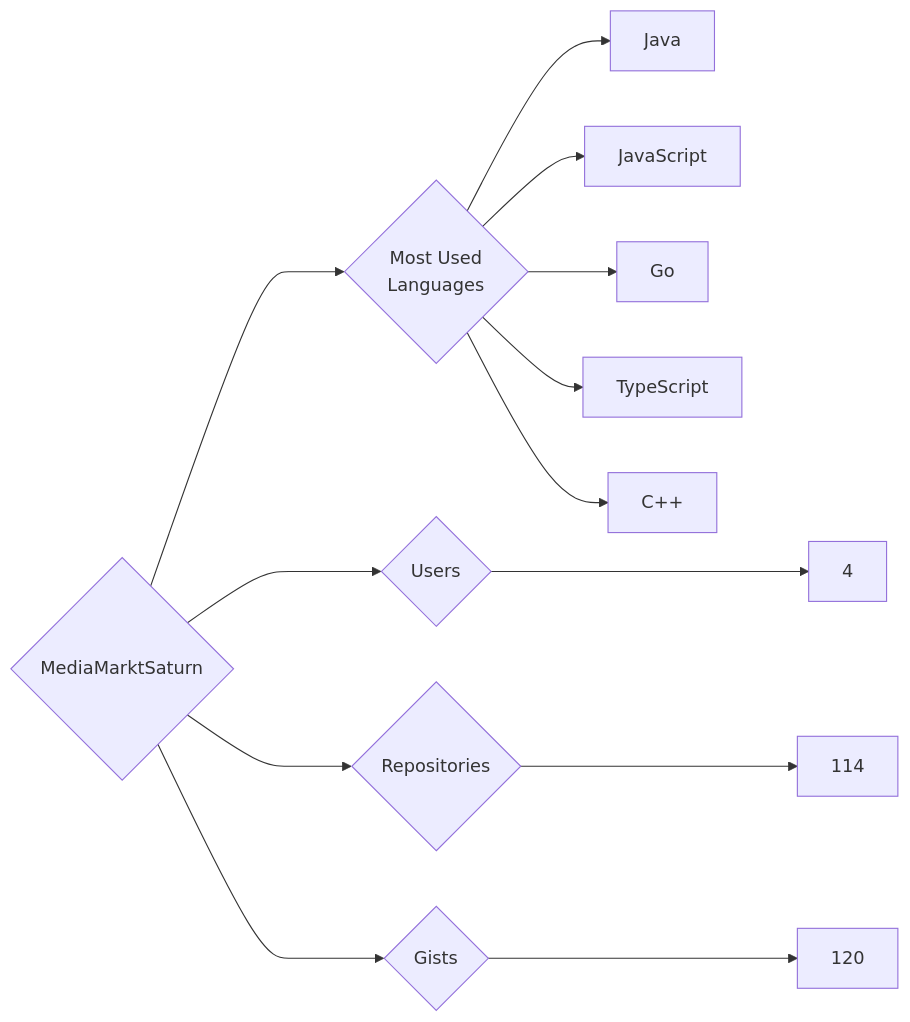
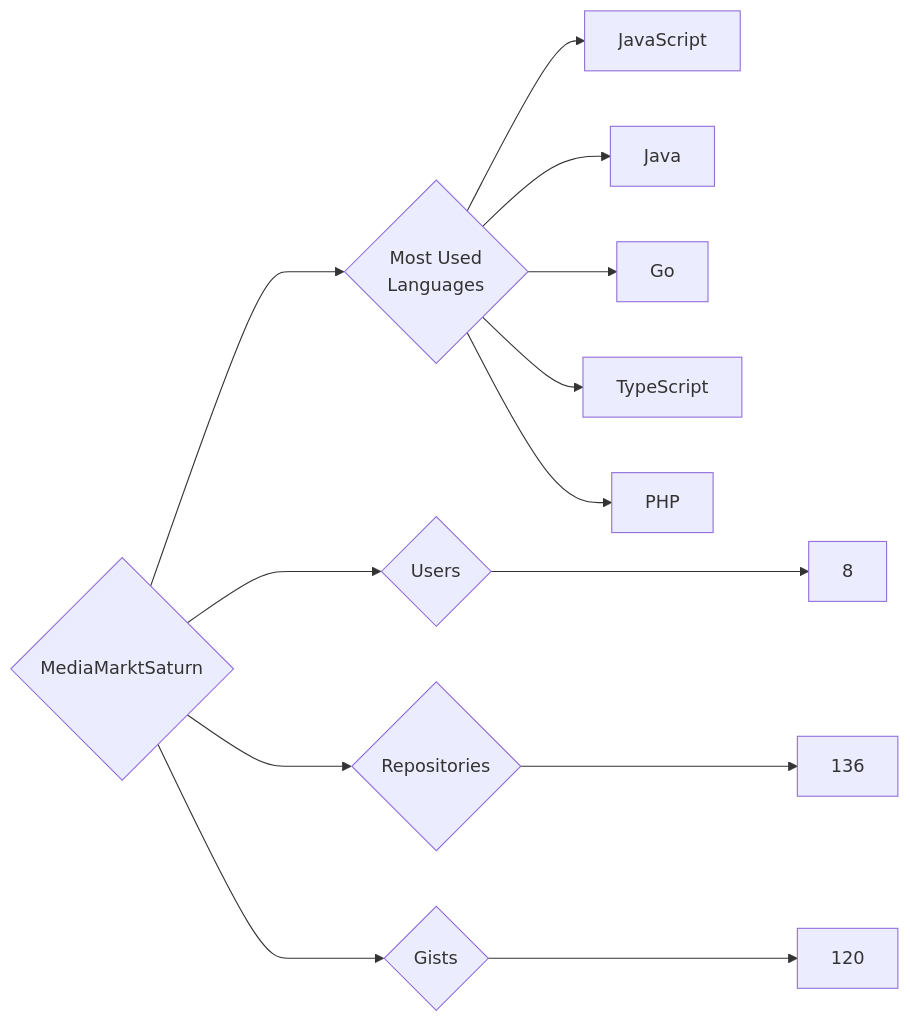
Before and after one commit to trickest/insiders: the diagram in targets/MediaMarktSaturn/README.md, drawn with Mermaid. The commit also changed 1696 other files, not shown here.

````diff
--- a/targets/MediaMarktSaturn/README.md
+++ b/targets/MediaMarktSaturn/README.md
@@ -3,13 +3,13 @@
 ```mermaid
 graph LR
 COMPANY_NAME{MediaMarktSaturn}
-COMPANY_NAME ---> U{Users} ---> UN[4]
-COMPANY_NAME ---> R{Repositories} ---> RN[114]
+COMPANY_NAME ---> U{Users} ---> UN[8]
+COMPANY_NAME ---> R{Repositories} ---> RN[136]
 COMPANY_NAME ---> G{Gists} ---> GN[120]
 COMPANY_NAME ---> ML{Most Used<br>Languages}
+ML --> JavaScript[JavaScript]
 ML --> Java[Java]
-ML --> JavaScript[JavaScript]
 ML --> Go[Go]
 ML --> TypeScript[TypeScript]
-ML --> C++[C++]
+ML --> PHP[PHP]
 ```
````
